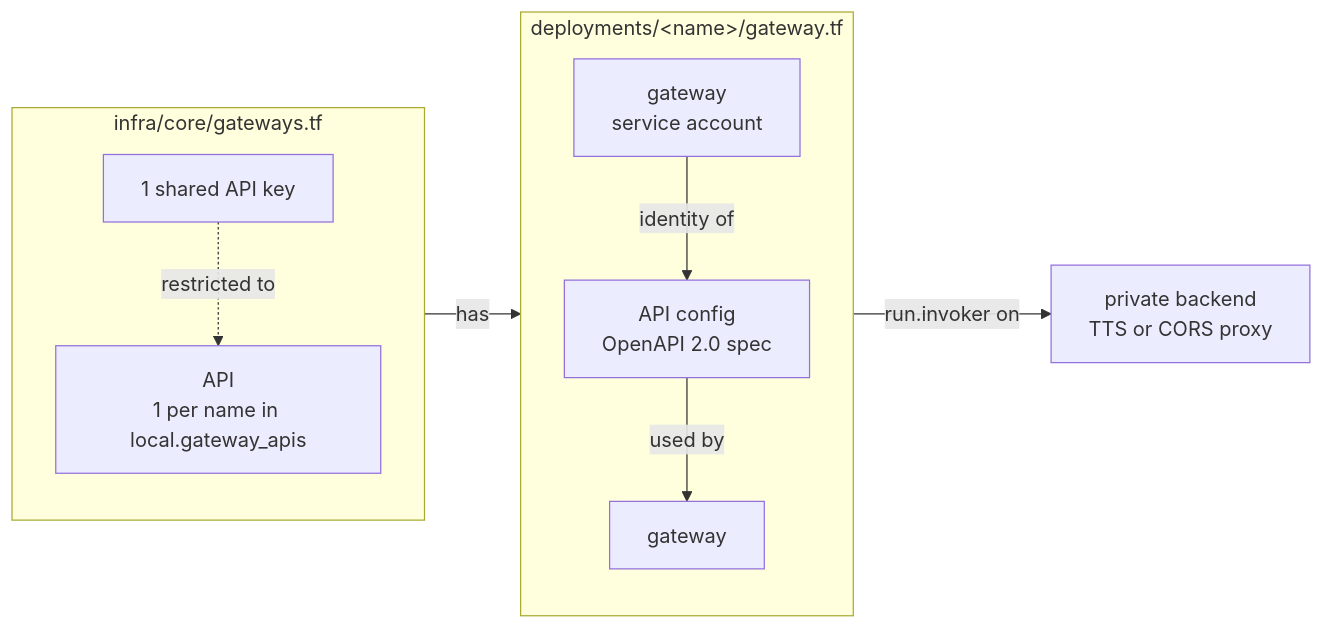
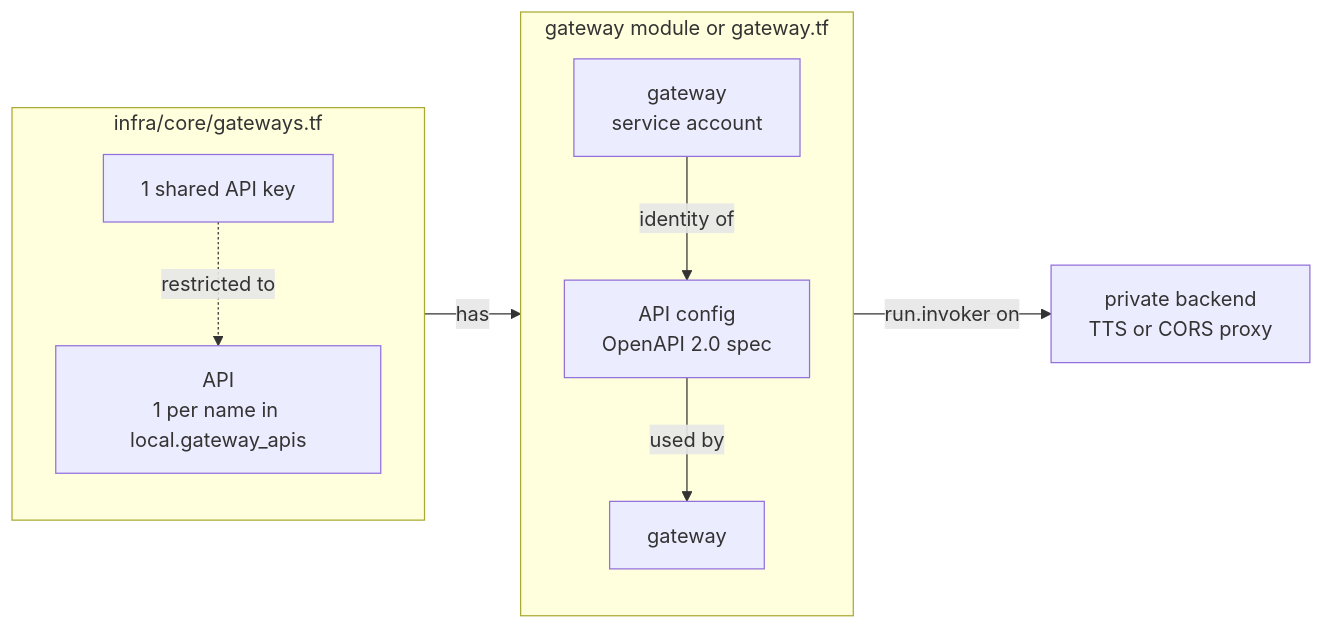
One commit to koval-yurko/custom-models-inference changed the second of 4 diagrams in docs/gateway-and-streaming.md. Above: the diagram before and after it, drawn with Mermaid. The commit also changed other lines of this file and 62 other files, not shown here.

````diff
--- a/docs/gateway-and-streaming.md
+++ b/docs/gateway-and-streaming.md
@@ -25,20 +25,20 @@
 ```mermaid
 flowchart LR
     subgraph core["infra/core/gateways.tf"]
         direction TB
         API["API<br/>1 per name in local.gateway_apis"]
         KEY["1 shared API key"]
     end
-    subgraph dep["deployments/#lt;name#gt;/gateway.tf"]
+    subgraph dep["gateway module or gateway.tf"]
         direction TB
         SA["gateway<br/>service account"]
         CFG["API config<br/>OpenAPI 2.0 spec"]
         GWY["gateway"]
     end
     BE["private backend<br/>TTS or CORS proxy"]
     KEY -.->|"restricted to"| API
     API -->|"has"| CFG
     CFG -->|"used by"| GWY
     SA -->|"identity of"| CFG
     SA -->|"run.invoker on"| BE
 ```
````
